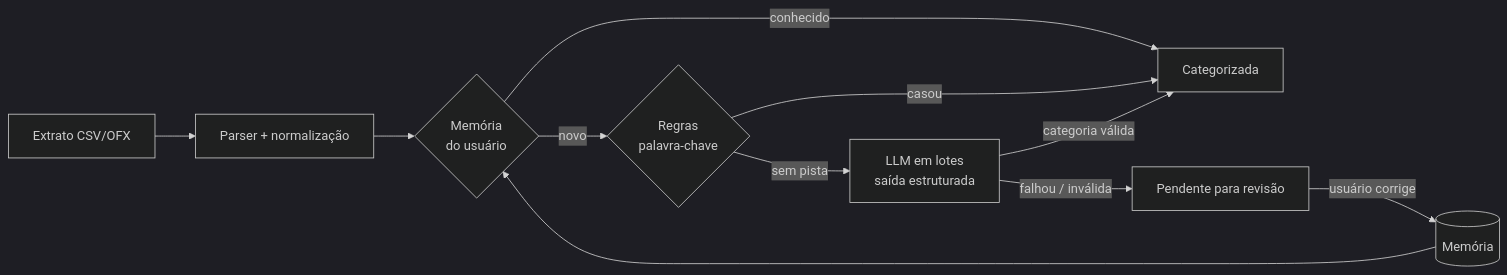
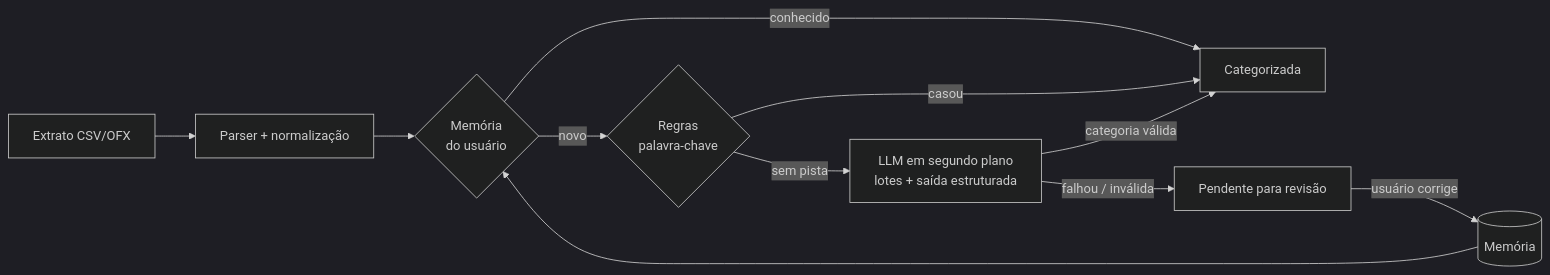
One commit to isabellymaciel0809/financas changed the first of 2 diagrams in README.md. Above: the diagram before and after it, drawn with Mermaid (dark theme). The commit also changed other lines of this file and 4 other files, not shown here.

````diff
--- a/README.md
+++ b/README.md
@@ -31,13 +31,13 @@
 ```mermaid
 flowchart LR
     A[Extrato CSV/OFX] --> B[Parser + normalização]
     B --> C{Memória<br/>do usuário}
     C -- conhecido --> OK[Categorizada]
     C -- novo --> D{Regras<br/>palavra-chave}
     D -- casou --> OK
-    D -- sem pista --> E[LLM em lotes<br/>saída estruturada]
+    D -- sem pista --> E[LLM em segundo plano<br/>lotes + saída estruturada]
     E -- categoria válida --> OK
     E -- falhou / inválida --> P[Pendente para revisão]
     P -- usuário corrige --> M[(Memória)]
     M --> C
 ```
````
